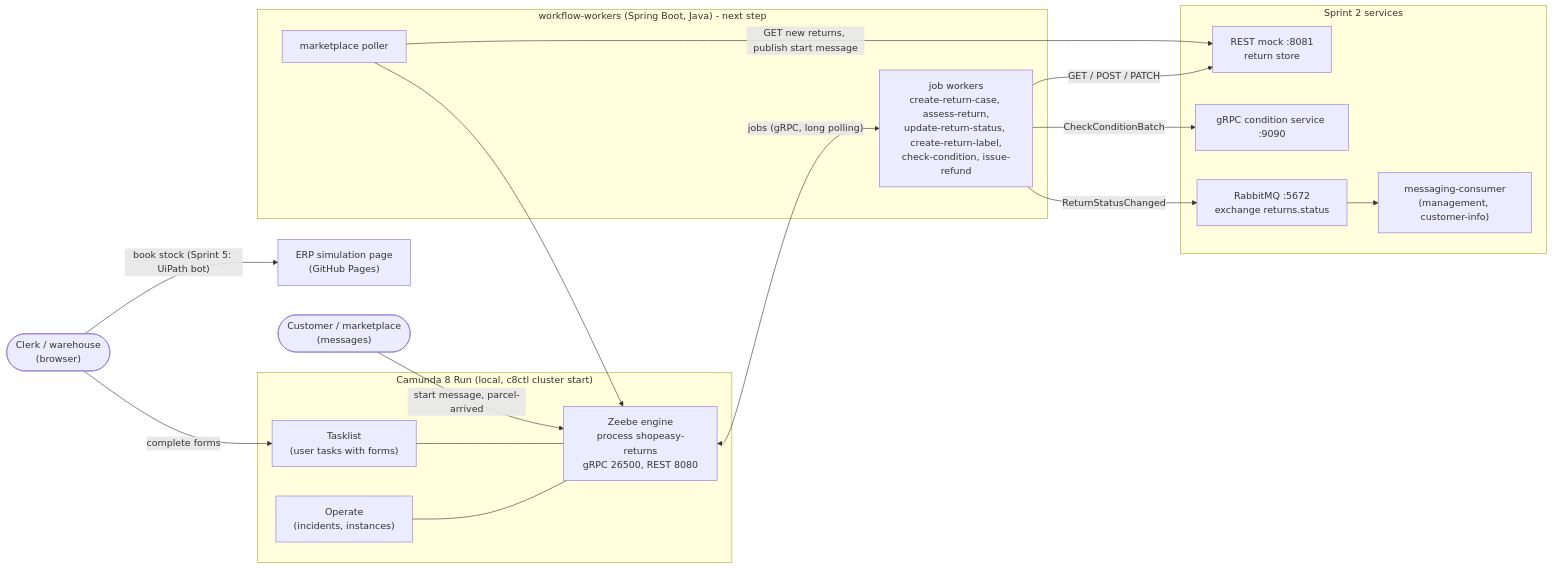
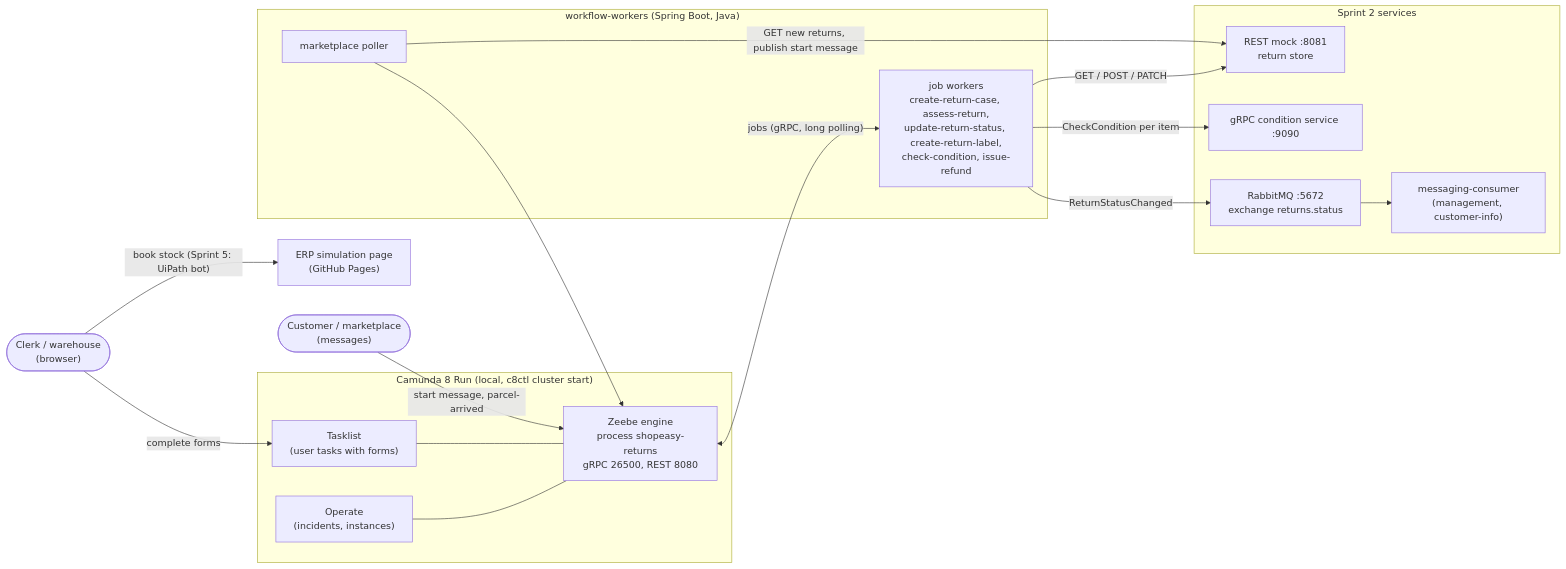
One commit to krya1012/shopeasy-retouren changed the diagram in sprint4-workflow/ARCHITECTURE.md. Above: the diagram before and after it, drawn with Mermaid. The commit also changed other lines of this file and 56 other files, not shown here.

````diff
--- a/sprint4-workflow/ARCHITECTURE.md
+++ b/sprint4-workflow/ARCHITECTURE.md
@@ -9,34 +9,34 @@
 ```mermaid
 flowchart LR
     subgraph Camunda["Camunda 8 Run (local, c8ctl cluster start)"]
         ENG["Zeebe engine<br/>process shopeasy-returns<br/>gRPC 26500, REST 8080"]
         OPS["Operate<br/>(incidents, instances)"]
         TASK["Tasklist<br/>(user tasks with forms)"]
     end
-    subgraph WORK["workflow-workers (Spring Boot, Java) - next step"]
+    subgraph WORK["workflow-workers (Spring Boot, Java)"]
         POLL["marketplace poller"]
         JW["job workers<br/>create-return-case, assess-return,<br/>update-return-status, create-return-label,<br/>check-condition, issue-refund"]
     end
     subgraph S2["Sprint 2 services"]
         REST["REST mock :8081<br/>return store"]
         GRPC["gRPC condition service :9090"]
         MQ["RabbitMQ :5672<br/>exchange returns.status"]
         CONS["messaging-consumer<br/>(management, customer-info)"]
     end
     CLERK(["Clerk / warehouse<br/>(browser)"])
     ERP["ERP simulation page<br/>(GitHub Pages)"]
     CUST(["Customer / marketplace<br/>(messages)"])
 
     CUST -- "start message, parcel-arrived" --> ENG
     POLL -- "GET new returns, publish start message" --> REST
     POLL --> ENG
     ENG <-- "jobs (gRPC, long polling)" --> JW
     JW -- "GET / POST / PATCH" --> REST
-    JW -- "CheckConditionBatch" --> GRPC
+    JW -- "CheckCondition per item" --> GRPC
     JW -- "ReturnStatusChanged" --> MQ
     MQ --> CONS
     CLERK -- "complete forms" --> TASK
     TASK --- ENG
     CLERK -- "book stock (Sprint 5: UiPath bot)" --> ERP
     OPS --- ENG
 ```
````
